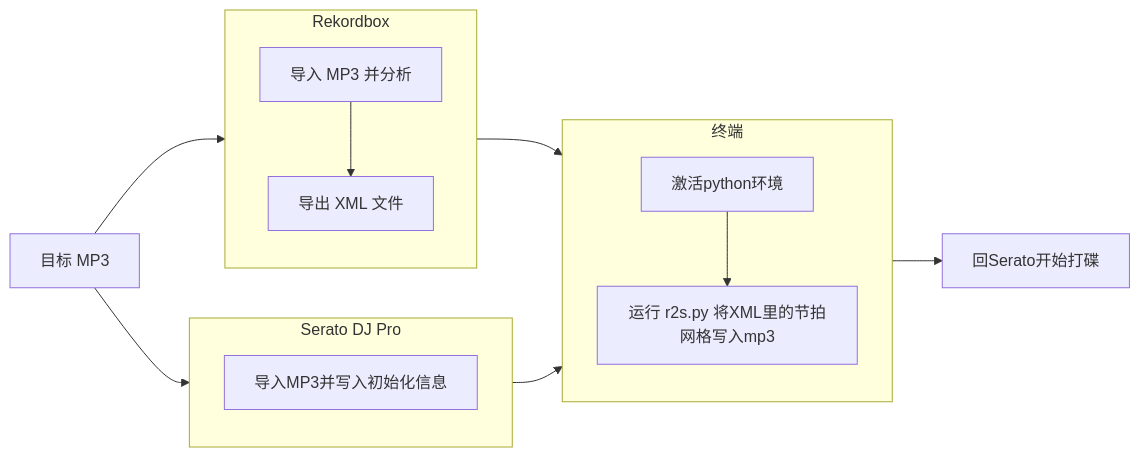
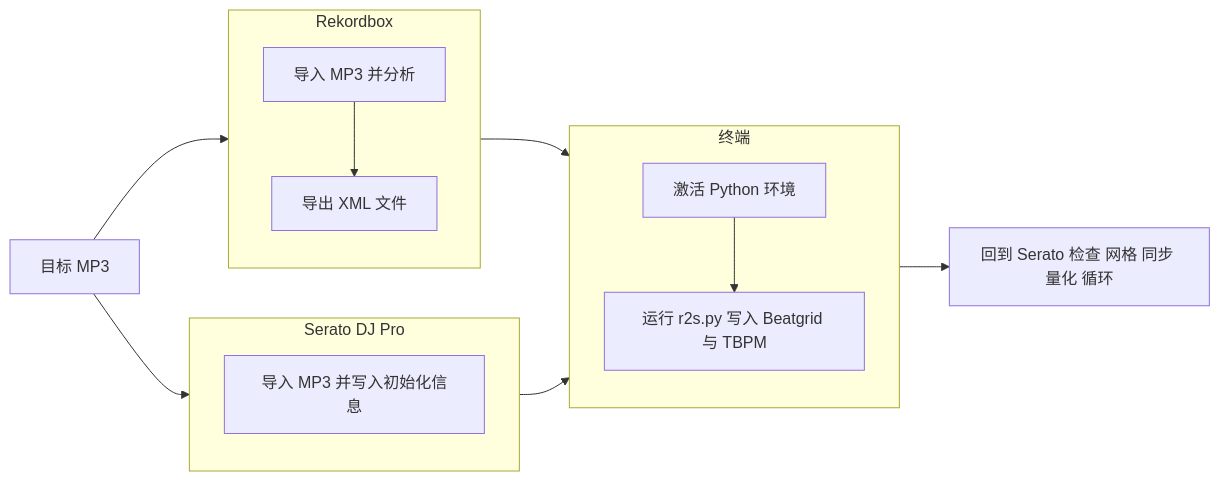
Before and after one commit to 8rian6/r2s-beatgrid: the diagram in README_zh.md, drawn with Mermaid. The commit also changed other lines of this file, not shown here.

````diff
--- a/README_zh.md
+++ b/README_zh.md
@@ -43,37 +43,33 @@
 ```mermaid
 flowchart LR
-    B[目标 MP3]
+  B[目标 MP3]
 
-    %% 从目标 MP3 同时分到 Serato 与 Rekordbox
-    B --> C
-    B --> E
+  %% 并行分支
+  B --> C
+  B --> E
 
-    %% Serato 分支
-    subgraph S[Serato DJ Pro]
-      direction TB
-      C[导入MP3并写入初始化信息]
-    end
+  subgraph S[Serato DJ Pro]
+    direction TB
+    C[导入 MP3 并写入初始化信息]
+  end
 
-    %% Rekordbox 分支
-    subgraph R[Rekordbox]
-      direction TB
-      E[导入 MP3 并分析]
-      F[导出 XML 文件]
-      E --> F
-    end
+  subgraph R[Rekordbox]
+    direction TB
+    E[导入 MP3 并分析]
+    F[导出 XML 文件]
+    E --> F
+  end
 
-    %% 两支线在终端合流
-    C --> H
-    F --> H
+  subgraph CLI[终端]
+    direction TB
+    H[激活 Python 环境]
+    I[运行 r2s.py 写入 Beatgrid 与 TBPM]
+    H --> I
+  end
 
-    %% 终端阶段
-    subgraph CLI[终端]
-      direction TB
-      H[激活python环境]
-      I[运行 r2s.py 将XML里的节拍网格写入mp3]
-      H --> I
-    end
+  %% 合流：Serato 与 Rekordbox 的产出 + 激活环境 → 写入
+  C --> I
+  F --> I
 
-    %% 收尾
-    I --> J[回Serato开始打碟]
+  I --> J[回到 Serato 检查 网格 同步 量化 循环]
 ```
````
